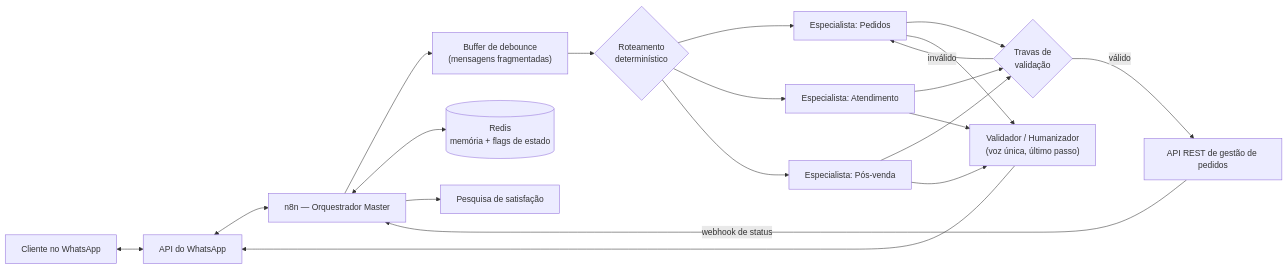
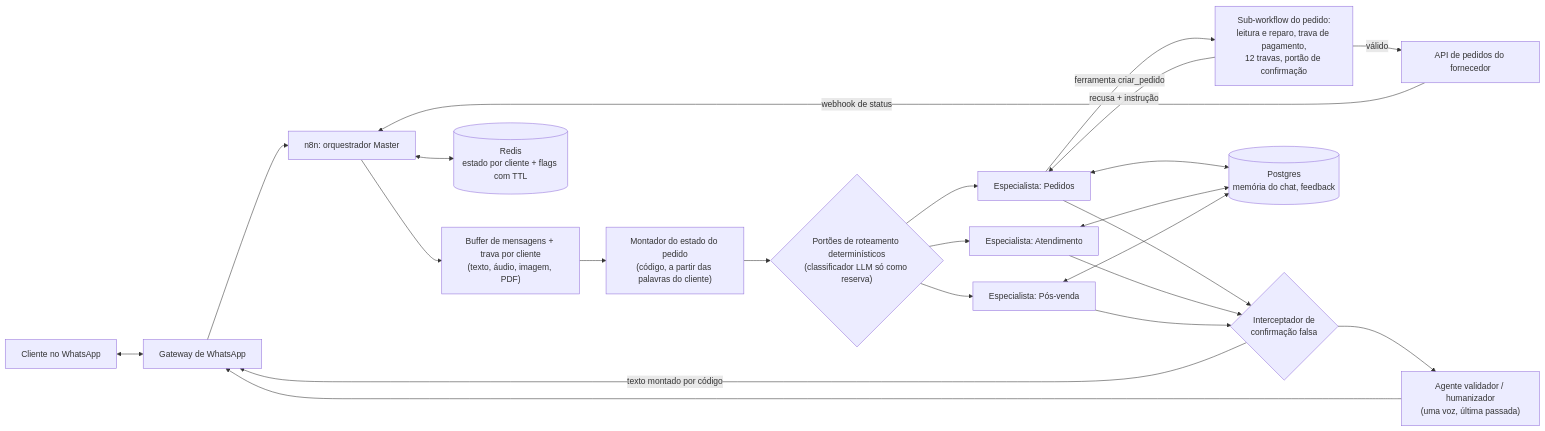
One commit to joaolombabr/yasmin-whatsapp-ai-agent changed the diagram in README.pt-BR.md. Above: the diagram before and after it, drawn with Mermaid. The commit also changed other lines of this file and 7 other files, not shown here.

First line of the commit message:
docs: update case study with evaluation bench, second guard layer and vendor API findings

````diff
--- a/README.pt-BR.md
+++ b/README.pt-BR.md
@@ -34,18 +37,21 @@
 ```mermaid
 flowchart LR
-  WA["Cliente no WhatsApp"] <--> WAAPI["API do WhatsApp"]
-  WAAPI <--> MASTER["n8n — Orquestrador Master"]
-  MASTER --> BUF["Buffer de debounce<br/>(mensagens fragmentadas)"]
-  BUF --> ROUTE{"Roteamento<br/>determinístico"}
+  WA["Cliente no WhatsApp"] <--> GW["Gateway de WhatsApp"]
+  GW --> MASTER["n8n: orquestrador Master"]
+  MASTER --> BUF["Buffer de mensagens + trava por cliente<br/>(texto, áudio, imagem, PDF)"]
+  BUF --> STATE["Montador do estado do pedido<br/>(código, a partir das palavras do cliente)"]
+  STATE --> ROUTE{"Portões de roteamento determinísticos<br/>(classificador LLM só como reserva)"}
   ROUTE --> S1["Especialista: Pedidos"]
   ROUTE --> S2["Especialista: Atendimento"]
   ROUTE --> S3["Especialista: Pós-venda"]
-  S1 & S2 & S3 --> GUARD{"Travas de<br/>validação"}
-  GUARD -->|inválido| S1
-  GUARD -->|válido| API["API REST de gestão de pedidos"]
-  MASTER <--> MEM[("Redis<br/>memória + flags de estado")]
-  S1 & S2 & S3 --> VAL["Validador / Humanizador<br/>(voz única, último passo)"]
-  VAL --> WAAPI
+  S1 -->|ferramenta criar_pedido| CREATE["Sub-workflow do pedido:<br/>leitura e reparo, trava de pagamento,<br/>12 travas, portão de confirmação"]
+  CREATE -->|recusa + instrução| S1
+  CREATE -->|válido| API["API de pedidos do fornecedor"]
+  S1 & S2 & S3 --> INT{"Interceptador de<br/>confirmação falsa"}
+  INT -->|texto montado por código| GW
+  INT --> VAL["Agente validador / humanizador<br/>(uma voz, última passada)"]
+  VAL --> GW
   API -->|webhook de status| MASTER
-  MASTER --> FEEDBACK["Pesquisa de satisfação"]
+  MASTER <--> R[("Redis<br/>estado por cliente + flags com TTL")]
+  S1 & S2 & S3 <--> PG[("Postgres<br/>memória do chat, feedback")]
 ```
````
